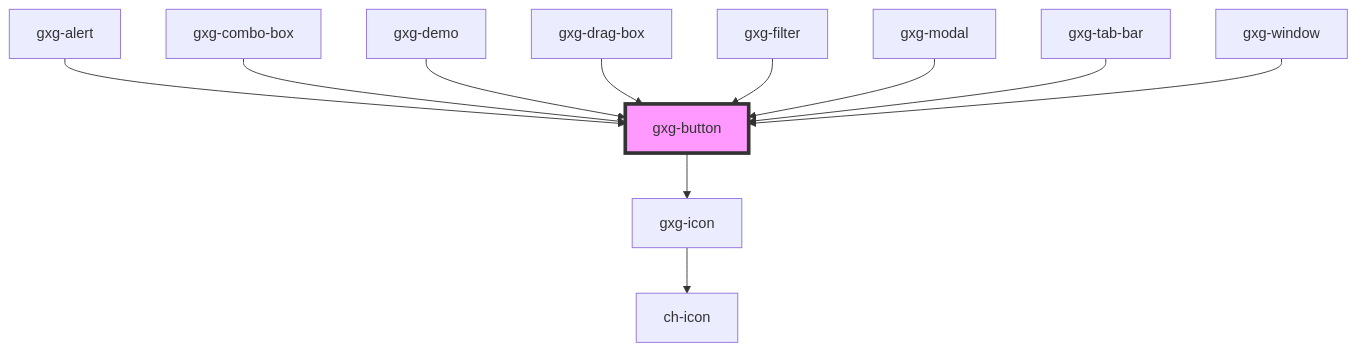
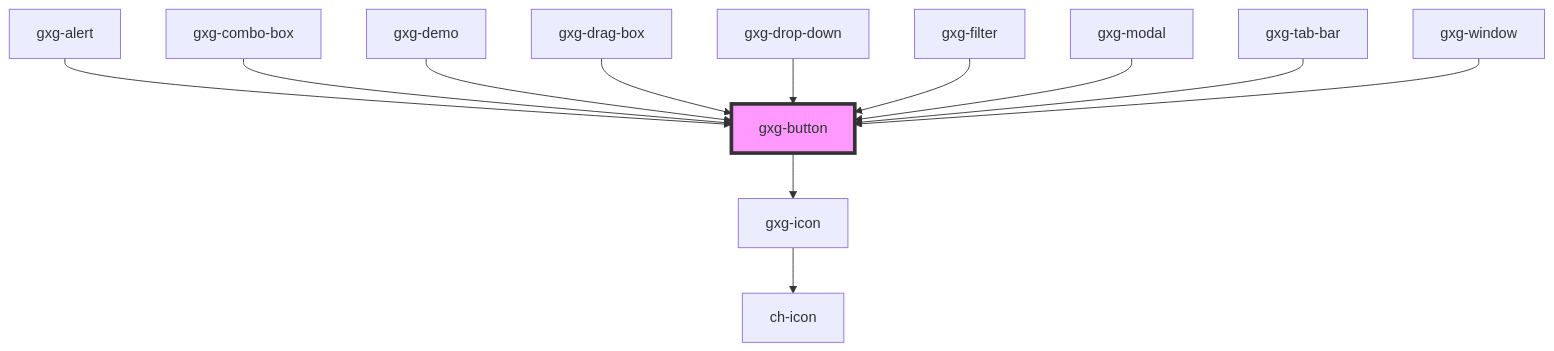
One commit to genexuslabs/gemini changed the diagram in src/components/button/readme.md. Above: the diagram before and after it, drawn with Mermaid. The commit also changed other lines of this file and 6 other files, not shown here.

````diff
--- a/src/components/button/readme.md
+++ b/src/components/button/readme.md
@@ -58,14 +59,15 @@
 ```mermaid
 graph TD;
   gxg-button --> gxg-icon
   gxg-icon --> ch-icon
   gxg-alert --> gxg-button
   gxg-combo-box --> gxg-button
   gxg-demo --> gxg-button
   gxg-drag-box --> gxg-button
+  gxg-drop-down --> gxg-button
   gxg-filter --> gxg-button
   gxg-modal --> gxg-button
   gxg-tab-bar --> gxg-button
   gxg-window --> gxg-button
   style gxg-button fill:#f9f,stroke:#333,stroke-width:4px
 ```
````
